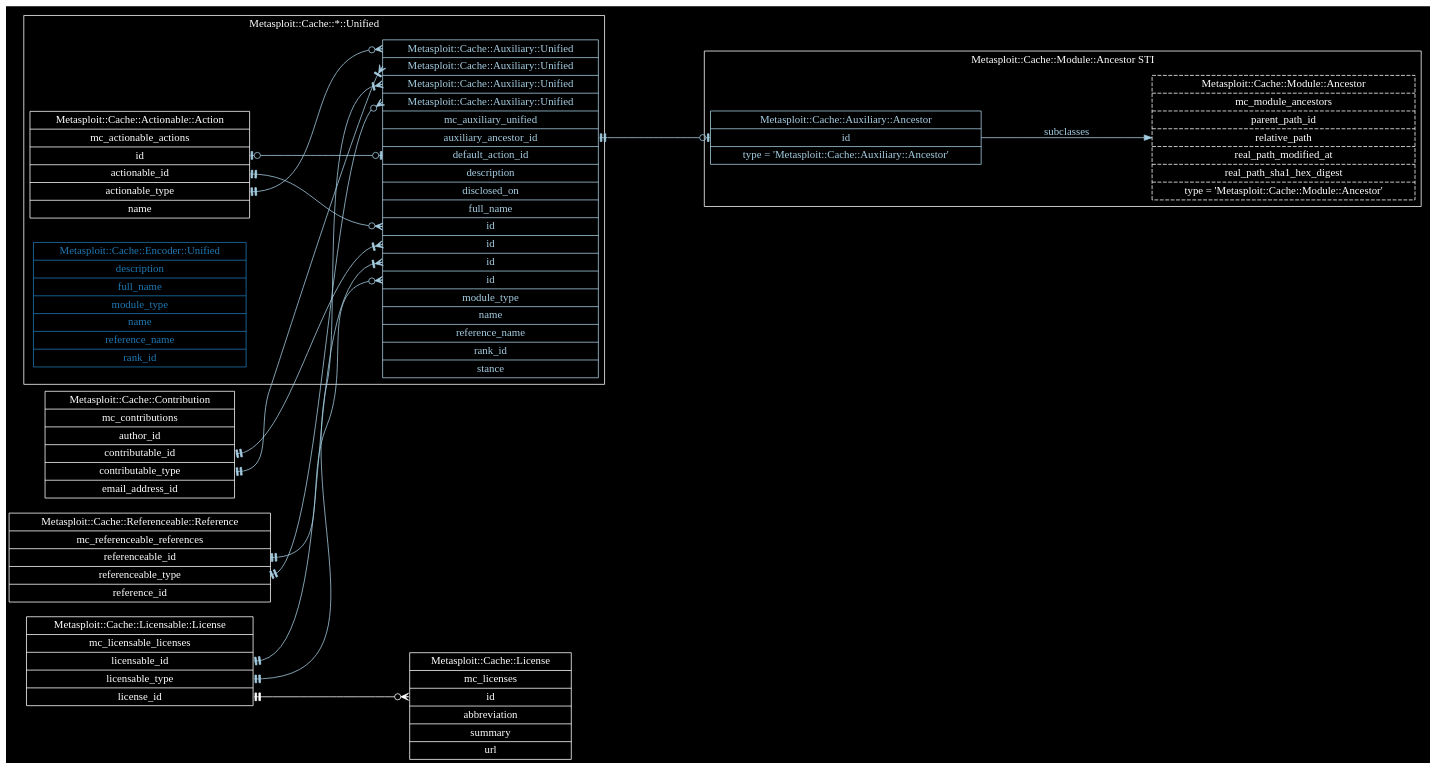
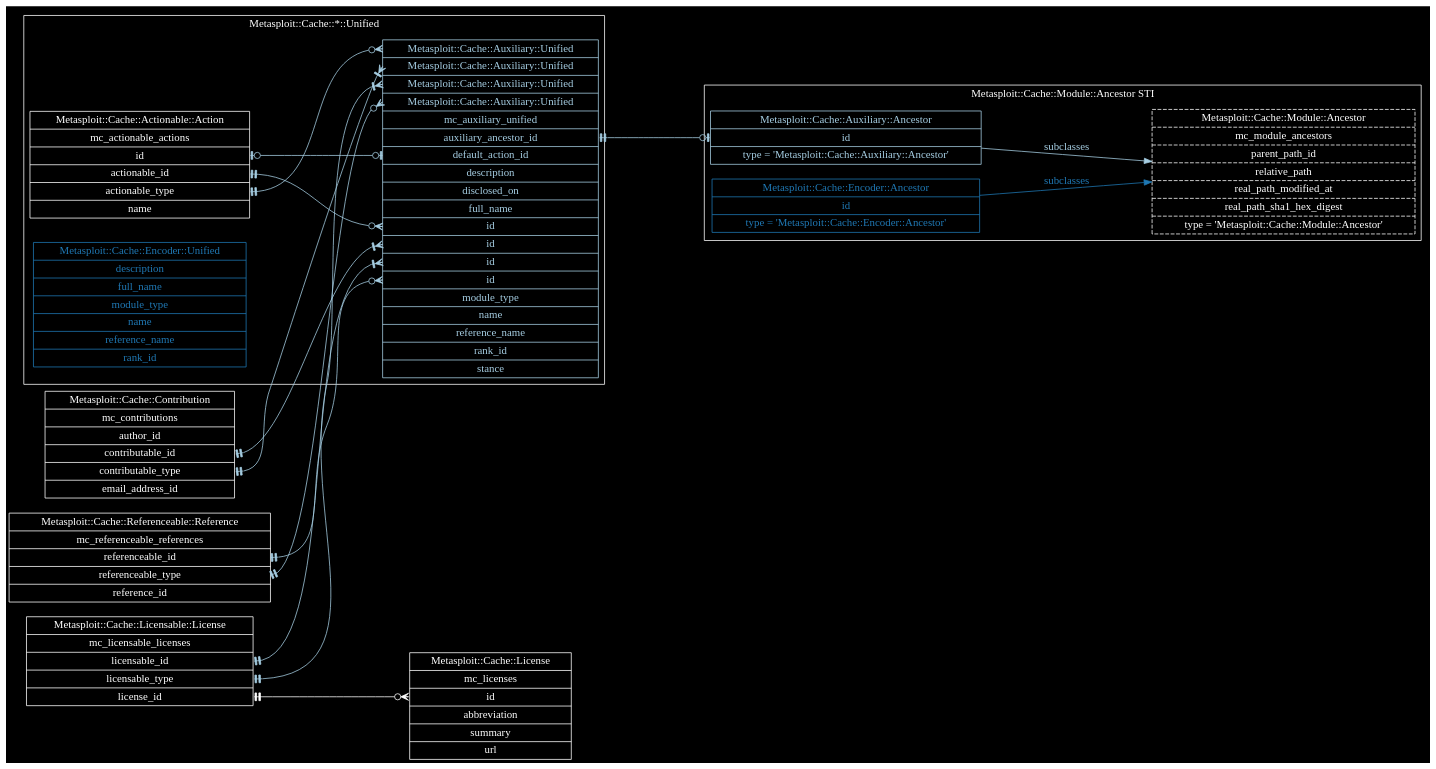
One commit to rapid7/metasploit-cache changed the diagram in docs/metasploit-cache-read-model.dot. Above: the diagram before and after it, drawn with Graphviz.

Commit message:
Encoder::Ancestor to read model
MSP-12192

```diff
--- a/docs/metasploit-cache-read-model.dot
+++ b/docs/metasploit-cache-read-model.dot
@@ -1,153 +1,165 @@
 digraph "Metasploit::Cache Read Model" {
   edge [
     color = "white"
     fontcolor = "white"
   ]
   graph [
     bgcolor = "black"
     rankdir = "LR"
     ranksep = "2"
   ]
   node [
     color = "white"
     fontcolor = "white"
     shape = "record"
   ]
 
   "Metasploit::Cache::Actionable::Action" [
     label = "Metasploit::Cache::Actionable::Action | mc_actionable_actions | <id>id | <actionable_id>actionable_id | <actionable_type>actionable_type | name"
   ]
 
   "Metasploit::Cache::Actionable::Action":actionable_id -> "Metasploit::Cache::Auxiliary::Unified":id_for_actionable_id [
     arrowhead = "crowodot"
     arrowtail = "teetee"
     color = "/paired9/1"
     dir = "both"
   ]
 
   "Metasploit::Cache::Actionable::Action":actionable_type -> "Metasploit::Cache::Auxiliary::Unified":type_for_actionable_type [
     arrowhead = "crowodot"
     arrowtail = "teetee"
     color = "/paired9/1"
     dir = "both"
   ]
 
   "Metasploit::Cache::Contribution" [
     label = "Metasploit::Cache::Contribution | mc_contributions | author_id | <contributable_id>contributable_id | <contributable_type>contributable_type | email_address_id"
   ]
 
   "Metasploit::Cache::Contribution":contributable_id -> "Metasploit::Cache::Auxiliary::Unified":id_for_contributable_id [
     arrowhead = "crowtee"
     arrowtail = "teetee"
     color = "/paired9/1"
     dir = "both"
   ]
 
   "Metasploit::Cache::Contribution":contributable_type -> "Metasploit::Cache::Auxiliary::Unified":type_for_contributable_type [
     arrowhead = "crowtee"
     arrowtail = "teetee"
     color = "/paired9/1"
     dir = "both"
   ]
 
   "Metasploit::Cache::License" [
     label = "Metasploit::Cache::License | mc_licenses | <id>id | abbreviation | summary | url"
   ]
 
   "Metasploit::Cache::Licensable::License" [
     label = "Metasploit::Cache::Licensable::License | mc_licensable_licenses | <licensable_id>licensable_id | <licensable_type>licensable_type | <license_id>license_id"
   ]
 
   "Metasploit::Cache::Licensable::License":licensable_id -> "Metasploit::Cache::Auxiliary::Unified":id_for_licensable_id [
     arrowhead = "crowtee"
     arrowtail = "teetee"
     color = "/paired9/1"
     dir = "both"
   ]
 
   "Metasploit::Cache::Licensable::License":licensable_type -> "Metasploit::Cache::Auxiliary::Unified":type_for_licensable_type [
     arrowhead = "crowtee"
     arrowtail = "teetee"
     color = "/paired9/1"
     dir = "both"
   ]
 
   "Metasploit::Cache::Licensable::License":license_id -> "Metasploit::Cache::License":id [
     arrowhead = "crowodot"
     arrowtail = "teetee"
     dir = "both"
   ]
 
   "Metasploit::Cache::Referenceable::Reference" [
     label = "Metasploit::Cache::Referenceable::Reference | mc_referenceable_references | <referenceable_id>referenceable_id | <referenceable_type>referenceable_type | reference_id"
   ]
 
   "Metasploit::Cache::Referenceable::Reference":referenceable_id -> "Metasploit::Cache::Auxiliary::Unified":id_for_referenceable_id [
     arrowhead = "crowodot"
     arrowtail = "teetee"
     color = "/paired9/1"
     dir = "both"
   ]
 
   "Metasploit::Cache::Referenceable::Reference":referenceable_type -> "Metasploit::Cache::Auxiliary::Unified":type_for_referenceable_type [
     arrowhead = "crowodot"
     arrowtail = "teetee"
     color = "/paired9/1"
     dir = "both"
   ]
 
   subgraph cluster_mc_module_ancestors {
     color = "white"
     fontcolor = "white"
     label = "Metasploit::Cache::Module::Ancestor STI"
 
     "Metasploit::Cache::Module::Ancestor" [
       label = "Metasploit::Cache::Module::Ancestor | mc_module_ancestors | parent_path_id | relative_path | real_path_modified_at | real_path_sha1_hex_digest | type = 'Metasploit::Cache::Module::Ancestor'"
       style = "dashed"
     ]
 
     "Metasploit::Cache::Auxiliary::Ancestor" [
       fontcolor = "/paired9/1"
       label = "Metasploit::Cache::Auxiliary::Ancestor | <id>id | type = 'Metasploit::Cache::Auxiliary::Ancestor'"
       color = "/paired9/1"
     ]
 
     "Metasploit::Cache::Auxiliary::Ancestor" -> "Metasploit::Cache::Module::Ancestor" [
       color = "/paired9/1"
       fontcolor = "/paired9/1"
       label = "subclasses"
     ]
+
+    "Metasploit::Cache::Encoder::Ancestor" [
+      color = "/paired9/2"
+      fontcolor = "/paired9/2"
+      label = "Metasploit::Cache::Encoder::Ancestor | <id>id | type = 'Metasploit::Cache::Encoder::Ancestor'"
+    ]
+
+    "Metasploit::Cache::Encoder::Ancestor" -> "Metasploit::Cache::Module::Ancestor" [
+      color = "/paired9/2"
+      fontcolor = "/paired9/2"
+      label = "subclasses"
+    ]
   }
 
   subgraph cluster_metasploit_cache_unified {
     color = "white"
     fontcolor = "white"
     label = "Metasploit::Cache::*::Unified"
 
     "Metasploit::Cache::Auxiliary::Unified" [
       color = "/paired9/1"
       fontcolor = "/paired9/1"
       label = "<type_for_actionable_type>Metasploit::Cache::Auxiliary::Unified | <type_for_contributable_type>Metasploit::Cache::Auxiliary::Unified | <type_for_licensable_type>Metasploit::Cache::Auxiliary::Unified | <type_for_referenceable_type>Metasploit::Cache::Auxiliary::Unified | mc_auxiliary_unified | <auxiliary_ancestor_id>auxiliary_ancestor_id | <default_action_id>default_action_id | description | disclosed_on | full_name | <id_for_actionable_id>id | <id_for_contributable_id>id | <id_for_licensable_id>id | <id_for_referenceable_id>id | module_type | name | reference_name | rank_id | stance"
     ]
 
     "Metasploit::Cache::Auxiliary::Unified":auxiliary_ancestor_id -> "Metasploit::Cache::Auxiliary::Ancestor":id [
       arrowhead = "teeodot"
       arrowtail = "teetee"
       color = "/paired9/1"
       dir = "both"
     ]
 
     "Metasploit::Cache::Auxiliary::Unified":default_action_id -> "Metasploit::Cache::Actionable::Action":id [
       arrowhead = "teeodot"
       arrowtail = "teeodot"
       color = "/paired9/1"
       dir = "both"
     ]
 
     "Metasploit::Cache::Encoder::Unified" [
       color = "/paired9/2"
       fontcolor = "/paired9/2"
       label = "Metasploit::Cache::Encoder::Unified | description | full_name | module_type | name | reference_name | rank_id"
     ]
   }
 }
```
